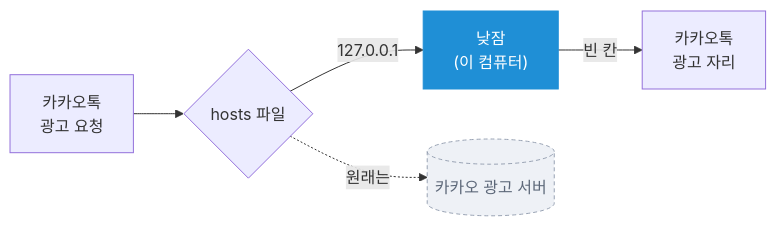
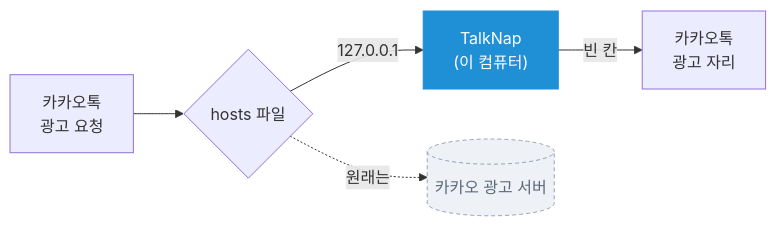
One commit to pandemoniummm/KakaoAdHide changed the diagram in README.md. Above: the diagram before and after it, drawn with Mermaid. The commit also changed other lines of this file and 5 other files, not shown here.

First line of the commit message:
README·사이트: TalkNap 이름과 새 파일 이름

````diff
--- a/README.md
+++ b/README.md
@@ -138,11 +143,11 @@
 ```mermaid
 flowchart LR
   K["카카오톡<br>광고 요청"] --> H{"hosts 파일"}
-  H -->|"127.0.0.1"| A["낮잠<br>(이 컴퓨터)"]
+  H -->|"127.0.0.1"| A["TalkNap<br>(이 컴퓨터)"]
   A -->|"빈 칸"| B["카카오톡<br>광고 자리"]
   H -. "원래는" .-> S[("카카오 광고 서버")]
   classDef app fill:#1f8fd6,stroke:#1f8fd6,color:#ffffff
   classDef off fill:#eef1f6,stroke:#98a2b3,color:#5d6879,stroke-dasharray:4 3
   class A app
   class S off
 ```
````
